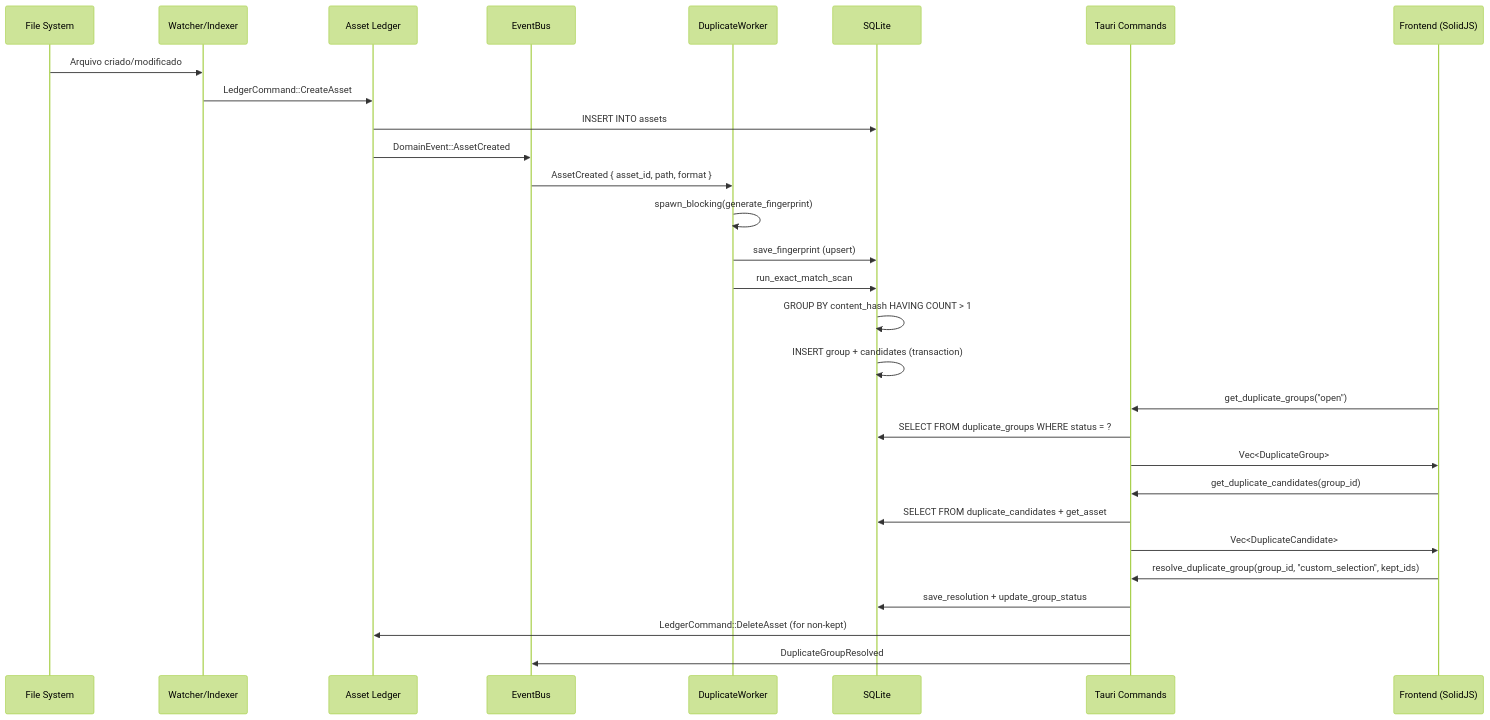
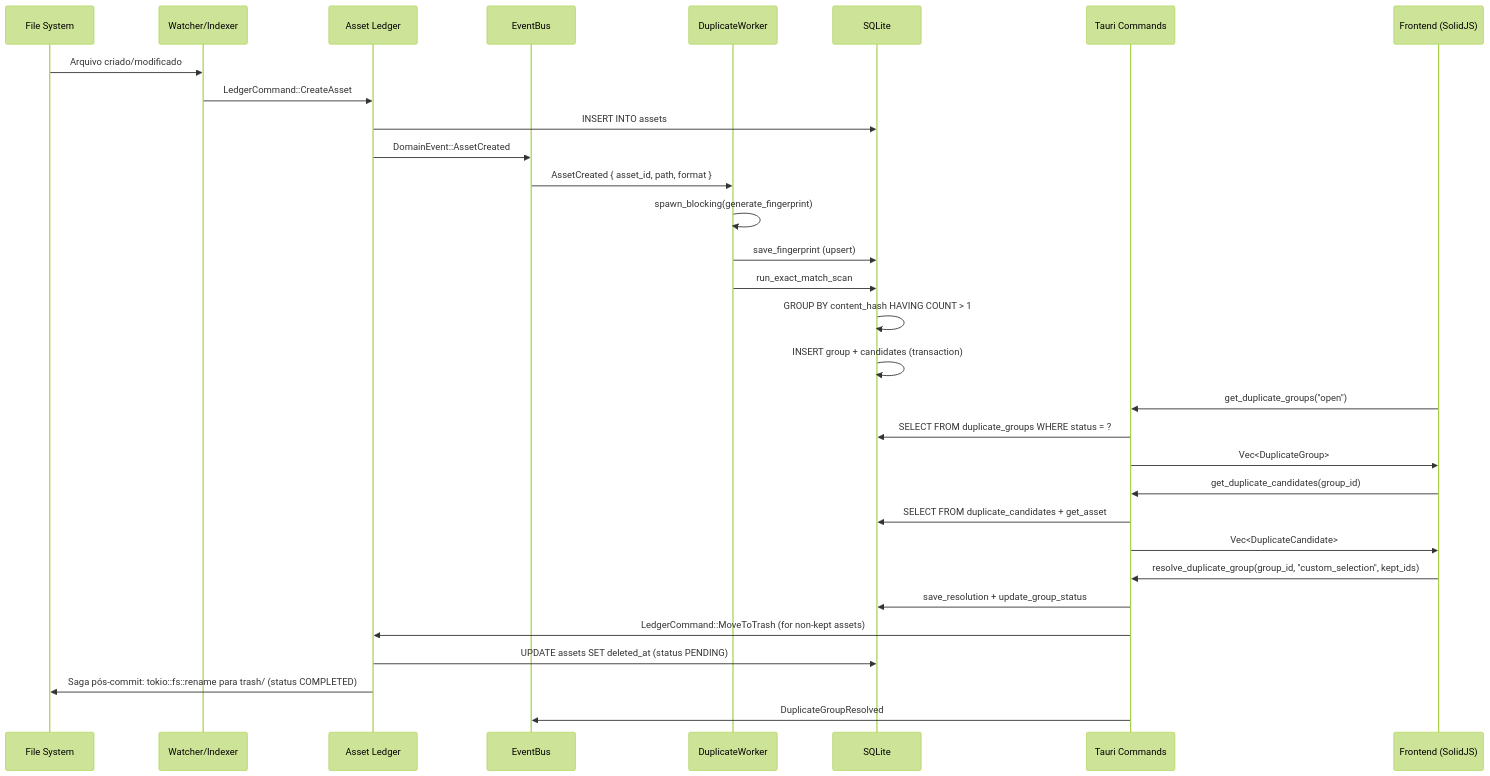
Before and after one commit to marcusagm/Mundam: the diagram in docs/report/duplicated-files/2026-08-31-duplicated-files.md, drawn with Mermaid (forest theme). The commit also changed other lines of this file and 11 other files, not shown here.

````diff
--- a/docs/report/duplicated-files/2026-08-31-duplicated-files.md
+++ b/docs/report/duplicated-files/2026-08-31-duplicated-files.md
@@ -246,35 +255,37 @@
 ```mermaid
 sequenceDiagram
     participant FS as File System
     participant W as Watcher/Indexer
     participant L as Asset Ledger
     participant EB as EventBus
     participant DW as DuplicateWorker
     participant DB as SQLite
     participant TC as Tauri Commands
     participant UI as Frontend (SolidJS)
 
     FS->>W: Arquivo criado/modificado
     W->>L: LedgerCommand::CreateAsset
     L->>DB: INSERT INTO assets
     L->>EB: DomainEvent::AssetCreated
     EB->>DW: AssetCreated { asset_id, path, format }
     DW->>DW: spawn_blocking(generate_fingerprint)
     DW->>DB: save_fingerprint (upsert)
     DW->>DB: run_exact_match_scan
     DB->>DB: GROUP BY content_hash HAVING COUNT > 1
     DB->>DB: INSERT group + candidates (transaction)
 
     UI->>TC: get_duplicate_groups("open")
     TC->>DB: SELECT FROM duplicate_groups WHERE status = ?
     TC->>UI: Vec<DuplicateGroup>
 
     UI->>TC: get_duplicate_candidates(group_id)
     TC->>DB: SELECT FROM duplicate_candidates + get_asset
     TC->>UI: Vec<DuplicateCandidate>
 
     UI->>TC: resolve_duplicate_group(group_id, "custom_selection", kept_ids)
     TC->>DB: save_resolution + update_group_status
-    TC->>L: LedgerCommand::DeleteAsset (for non-kept)
+    TC->>L: LedgerCommand::MoveToTrash (for non-kept assets)
+    L->>DB: UPDATE assets SET deleted_at (status PENDING)
+    L->>FS: Saga pós-commit: tokio::fs::rename para trash/ (status COMPLETED)
     TC->>EB: DuplicateGroupResolved
 ```
````
